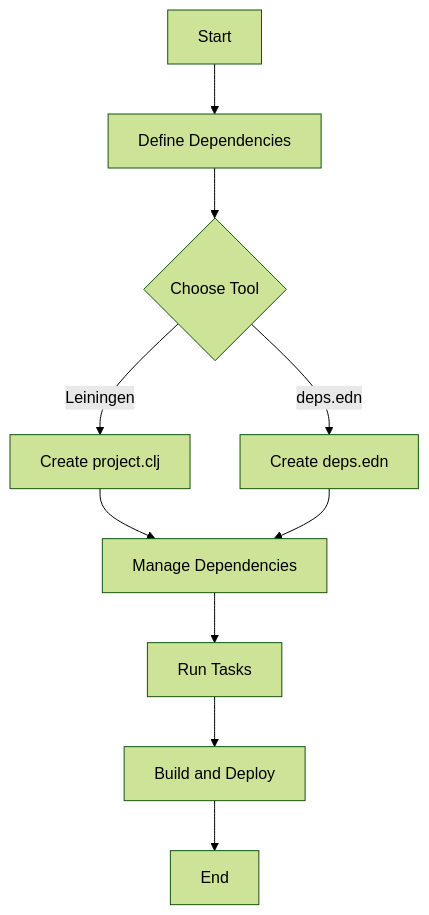
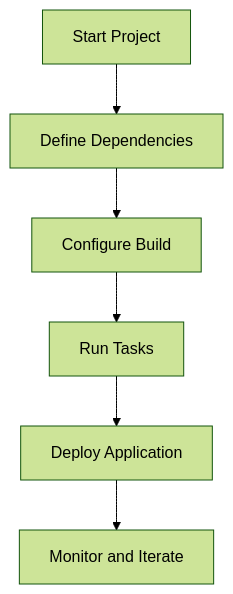
The diagram in content/3/5/2/index.md (MasteryEducation/ClojureForJava.com), drawn with Mermaid (forest theme) before and after one commit. The commit also changed other lines of this file and 74 other files, not shown here.

````diff
--- a/content/3/5/2/index.md
+++ b/content/3/5/2/index.md
@@ -189,12 +193,8 @@
 ```mermaid
-flowchart TD
-    A[Start] --> B[Define Dependencies]
-    B --> C{Choose Tool}
-    C -->|Leiningen| D[Create project.clj]
-    C -->|deps.edn| E[Create deps.edn]
-    D --> F[Manage Dependencies]
-    E --> F
-    F --> G[Run Tasks]
-    G --> H[Build and Deploy]
-    H --> I[End]
+graph TD;
+    A[Start Project] --> B[Define Dependencies];
+    B --> C[Configure Build];
+    C --> D[Run Tasks];
+    D --> E[Deploy Application];
+    E --> F[Monitor and Iterate];
 ```
````
